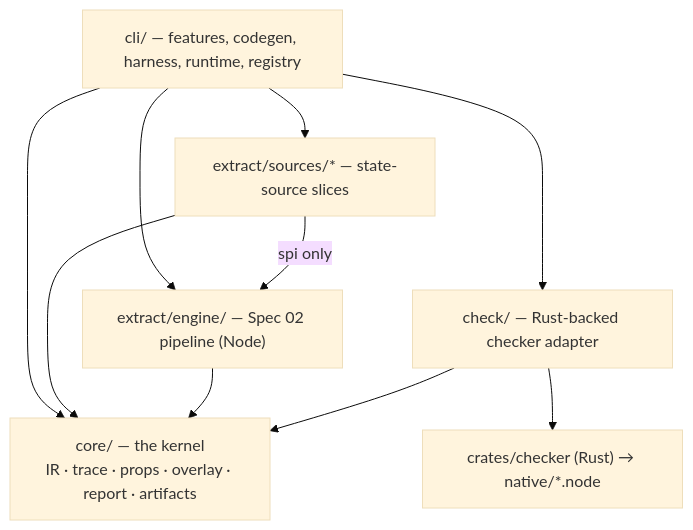
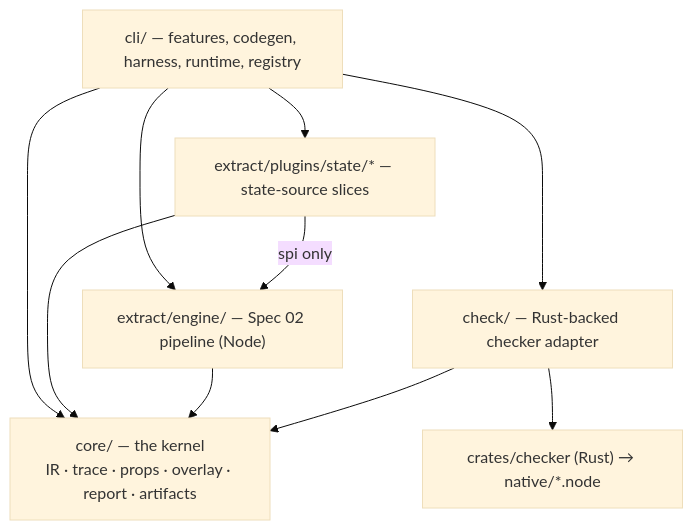
One commit to Harineko0/modality-ts changed the diagram in docs/architecture/index.md. Above: the diagram before and after it, drawn with Mermaid (base theme). The commit also changed other lines of this file and 273 other files, not shown here.

````diff
--- a/docs/architecture/index.md
+++ b/docs/architecture/index.md
@@ -25,19 +25,19 @@
 ```mermaid
 flowchart TD
   core["core/ — the kernel<br/>IR · trace · props · overlay · report · artifacts"]
   check["check/ — Rust-backed checker adapter"]
   crate["crates/checker (Rust) → native/*.node"]
   engine["extract/engine/ — Spec 02 pipeline (Node)"]
-  sources["extract/sources/* — state-source slices"]
+  sources["extract/plugins/state/* — state-source slices"]
   cli["cli/ — features, codegen, harness, runtime, registry"]
 
   check --> core
   check --> crate
   engine --> core
   sources --> core
   sources -->|spi only| engine
   cli --> core
   cli --> check
   cli --> engine
   cli --> sources
 ```
````
